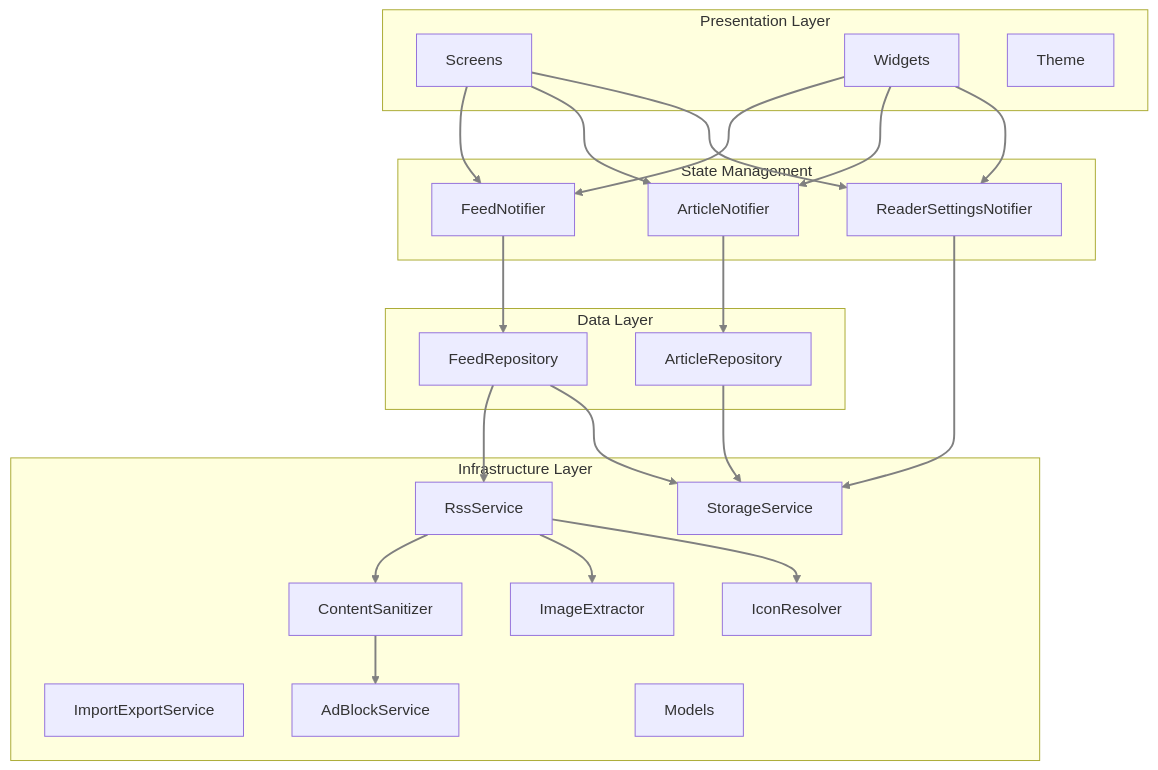
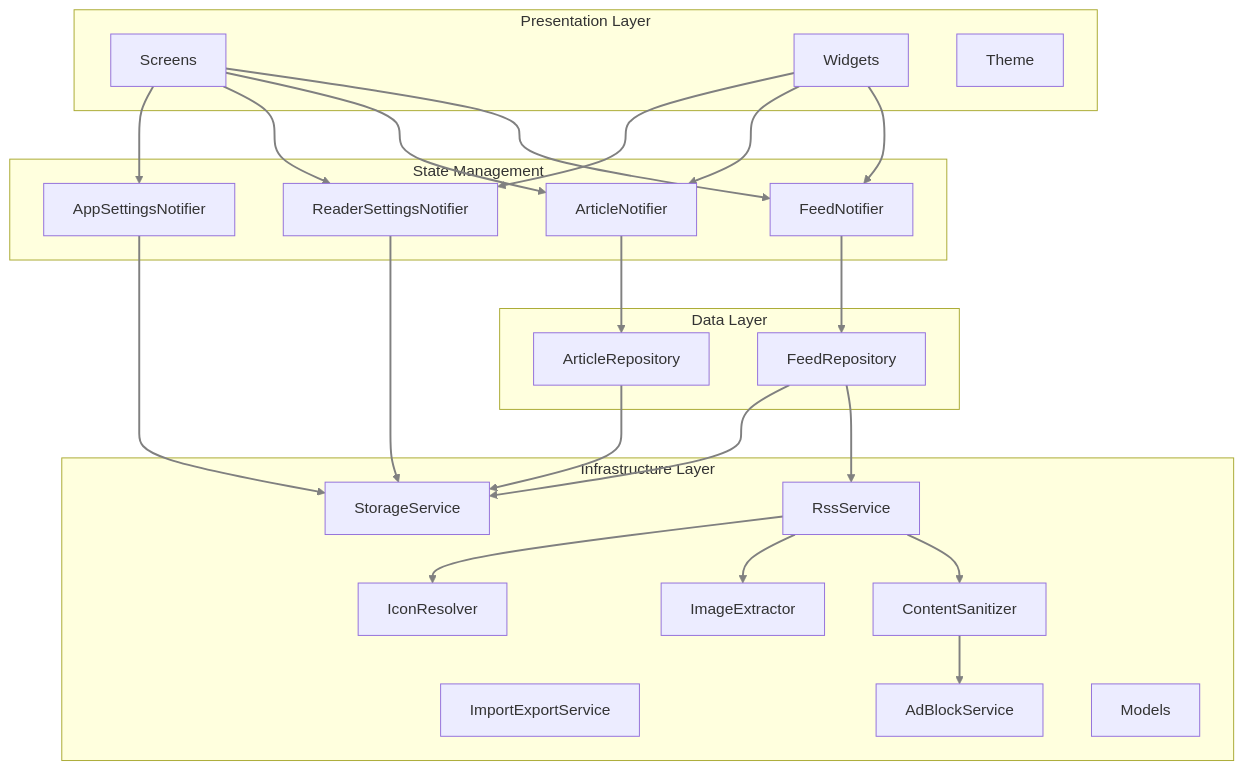
One commit to mohan-in/omit changed the first of 2 diagrams in doc/ARCHITECTURE.md. Above: the diagram before and after it, drawn with Mermaid. The commit also changed other lines of this file and 12 other files, not shown here.

````diff
--- a/doc/ARCHITECTURE.md
+++ b/doc/ARCHITECTURE.md
@@ -26,49 +26,52 @@
 ```mermaid
 flowchart TB
     subgraph Presentation [Presentation Layer]
         Screens["Screens"]
         Widgets["Widgets"]
         Theme["Theme"]
     end
     
     subgraph State [State Management]
         FN["FeedNotifier"]
         AN["ArticleNotifier"]
         RSN["ReaderSettingsNotifier"]
+        ASN["AppSettingsNotifier"]
     end
     
     subgraph Domain [Data Layer]
         FR["FeedRepository"]
         AR["ArticleRepository"]
     end
     
     subgraph Infrastructure [Infrastructure Layer]
         RSS["RssService"]
         SS["StorageService"]
         CS["ContentSanitizer"]
         IE["ImageExtractor"]
         IR["IconResolver"]
         IES["ImportExportService"]
         ABS["AdBlockService"]
         Models["Models"]
     end
     
     Screens --> FN
     Screens --> AN
     Screens --> RSN
+    Screens --> ASN
     Widgets --> FN
     Widgets --> AN
     Widgets --> RSN
     FN --> FR
     AN --> AR
     RSN --> SS
+    ASN --> SS
     FR --> RSS
     FR --> SS
     AR --> SS
     RSS --> CS
     RSS --> IE
     RSS --> IR
     CS --> ABS
 
     linkStyle default stroke-width:2px,fill:none,stroke:gray;
 ```
````
